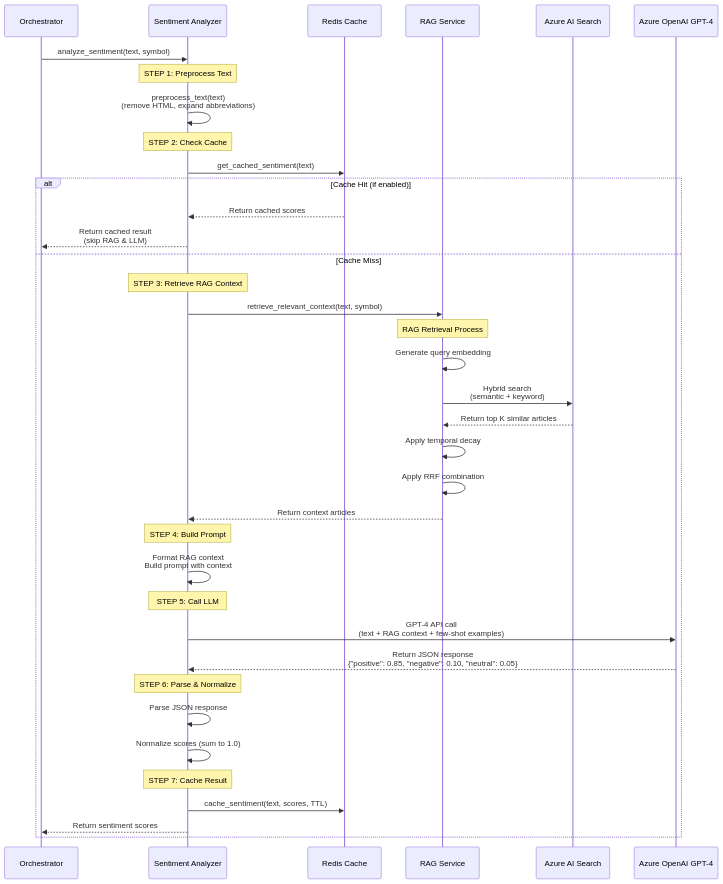
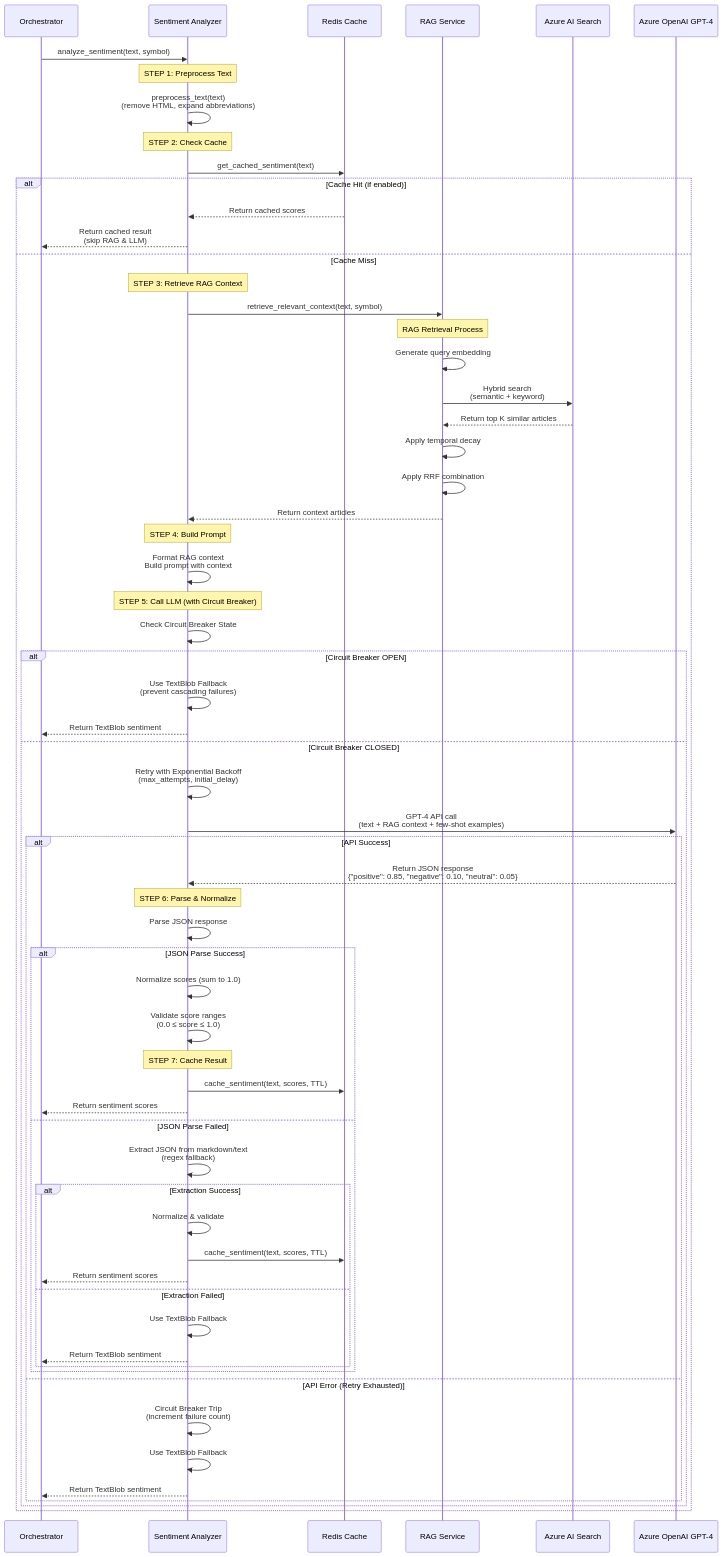
One commit to anandDev77/stock-sentiment-analysis changed the tenth of 29 diagrams in docs/diagrams/mermaid_diagrams_source.md. Above: the diagram before and after it, drawn with Mermaid. The commit also changed other lines of this file and 49 other files, not shown here.

Commit message:
diagrams updated

````diff
--- a/docs/diagrams/mermaid_diagrams_source.md
+++ b/docs/diagrams/mermaid_diagrams_source.md
@@ -603,48 +739,74 @@
 ```mermaid
 sequenceDiagram
     participant Orchestrator as Orchestrator
     participant Sentiment as Sentiment Analyzer
     participant Cache as Redis Cache
     participant RAG as RAG Service
     participant VectorDB as Azure AI Search
     participant OpenAI as Azure OpenAI GPT-4
     
     Orchestrator->>Sentiment: analyze_sentiment(text, symbol)
     
     Note over Sentiment: STEP 1: Preprocess Text
     Sentiment->>Sentiment: preprocess_text(text)<br/>(remove HTML, expand abbreviations)
     
     Note over Sentiment: STEP 2: Check Cache
     Sentiment->>Cache: get_cached_sentiment(text)
     alt Cache Hit (if enabled)
         Cache-->>Sentiment: Return cached scores
         Sentiment-->>Orchestrator: Return cached result<br/>(skip RAG & LLM)
     else Cache Miss
         Note over Sentiment: STEP 3: Retrieve RAG Context
         Sentiment->>RAG: retrieve_relevant_context(text, symbol)
         
         Note over RAG: RAG Retrieval Process
         RAG->>RAG: Generate query embedding
         RAG->>VectorDB: Hybrid search<br/>(semantic + keyword)
         VectorDB-->>RAG: Return top K similar articles
         RAG->>RAG: Apply temporal decay
         RAG->>RAG: Apply RRF combination
         RAG-->>Sentiment: Return context articles
         
         Note over Sentiment: STEP 4: Build Prompt
         Sentiment->>Sentiment: Format RAG context<br/>Build prompt with context
         
-        Note over Sentiment: STEP 5: Call LLM
-        Sentiment->>OpenAI: GPT-4 API call<br/>(text + RAG context + few-shot examples)
-        OpenAI-->>Sentiment: Return JSON response<br/>{"positive": 0.85, "negative": 0.10, "neutral": 0.05}
-        
-        Note over Sentiment: STEP 6: Parse & Normalize
-        Sentiment->>Sentiment: Parse JSON response
-        Sentiment->>Sentiment: Normalize scores (sum to 1.0)
-        
-        Note over Sentiment: STEP 7: Cache Result
-        Sentiment->>Cache: cache_sentiment(text, scores, TTL)
-        
-        Sentiment-->>Orchestrator: Return sentiment scores
+            Note over Sentiment: STEP 5: Call LLM (with Circuit Breaker)
+        Sentiment->>Sentiment: Check Circuit Breaker State
+        alt Circuit Breaker OPEN
+            Sentiment->>Sentiment: Use TextBlob Fallback<br/>(prevent cascading failures)
+            Sentiment-->>Orchestrator: Return TextBlob sentiment
+        else Circuit Breaker CLOSED
+            Sentiment->>Sentiment: Retry with Exponential Backoff<br/>(max_attempts, initial_delay)
+            Sentiment->>OpenAI: GPT-4 API call<br/>(text + RAG context + few-shot examples)
+            alt API Success
+                OpenAI-->>Sentiment: Return JSON response<br/>{"positive": 0.85, "negative": 0.10, "neutral": 0.05}
+                
+                Note over Sentiment: STEP 6: Parse & Normalize
+                Sentiment->>Sentiment: Parse JSON response
+                alt JSON Parse Success
+                    Sentiment->>Sentiment: Normalize scores (sum to 1.0)
+                    Sentiment->>Sentiment: Validate score ranges<br/>(0.0 ≤ score ≤ 1.0)
+                    
+                    Note over Sentiment: STEP 7: Cache Result
+                    Sentiment->>Cache: cache_sentiment(text, scores, TTL)
+                    
+                    Sentiment-->>Orchestrator: Return sentiment scores
+                else JSON Parse Failed
+                    Sentiment->>Sentiment: Extract JSON from markdown/text<br/>(regex fallback)
+                    alt Extraction Success
+                        Sentiment->>Sentiment: Normalize & validate
+                        Sentiment->>Cache: cache_sentiment(text, scores, TTL)
+                        Sentiment-->>Orchestrator: Return sentiment scores
+                    else Extraction Failed
+                        Sentiment->>Sentiment: Use TextBlob Fallback
+                        Sentiment-->>Orchestrator: Return TextBlob sentiment
+                    end
+                end
+            else API Error (Retry Exhausted)
+                Sentiment->>Sentiment: Circuit Breaker Trip<br/>(increment failure count)
+                Sentiment->>Sentiment: Use TextBlob Fallback
+                Sentiment-->>Orchestrator: Return TextBlob sentiment
+            end
+        end
     end
 ```
````
